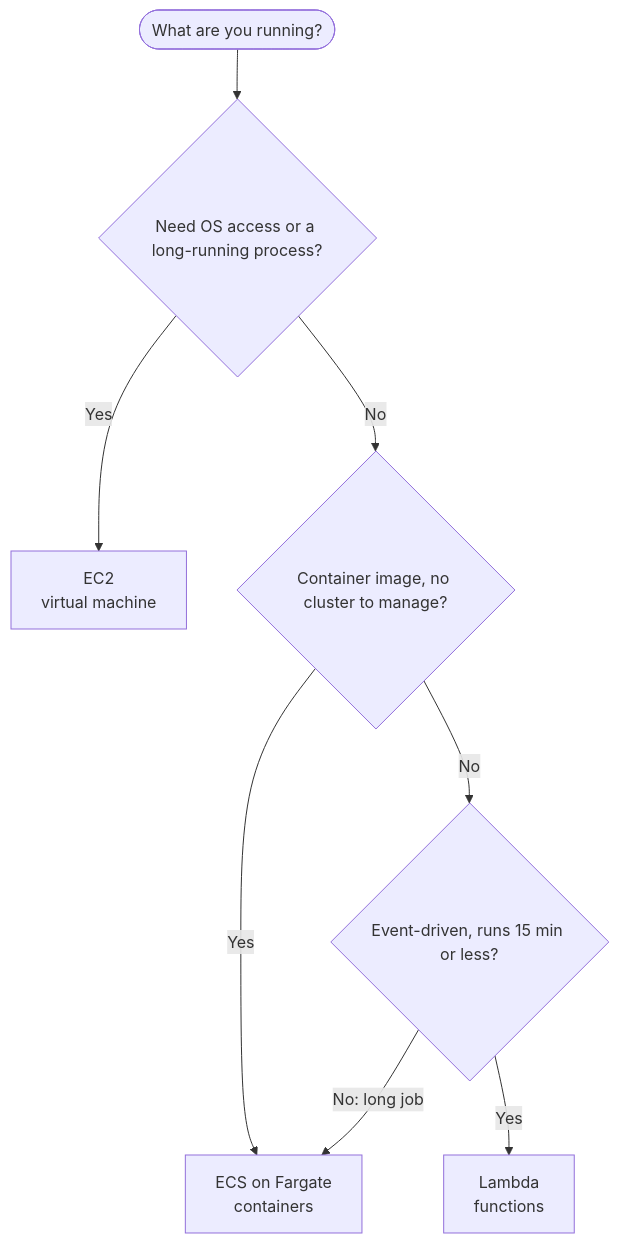
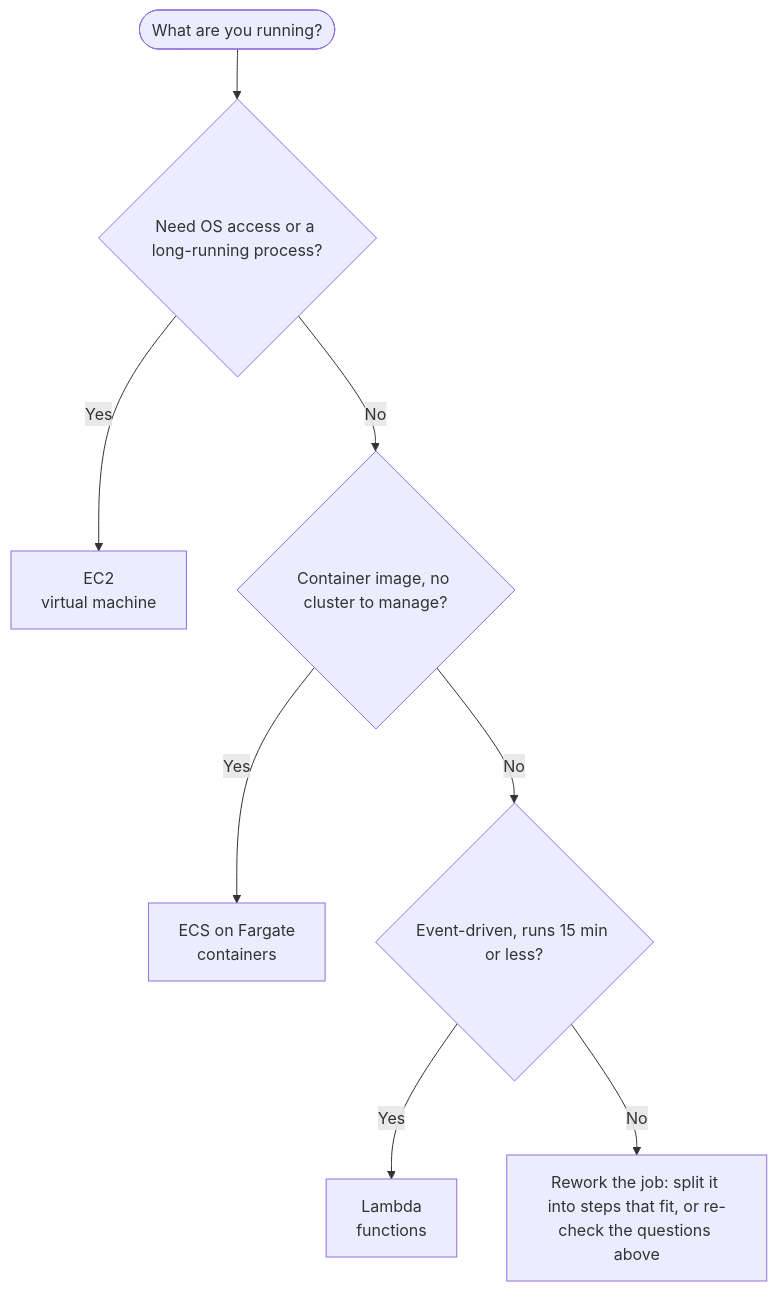
The diagram in docs/cloud-computing/compute.mdx (sunflynf/web-notes), drawn with Mermaid before and after one commit. The commit also changed other lines of this file and 2 other files, not shown here.

````diff
--- a/docs/cloud-computing/compute.mdx
+++ b/docs/cloud-computing/compute.mdx
@@ -19,13 +19,13 @@
 ```mermaid
 flowchart TD
     Start(["What are you running?"]) --> Q1{"Need OS access or a long-running process?"}
     Q1 -- "Yes" --> EC2["EC2<br/>virtual machine"]
     Q1 -- "No" --> Q2{"Container image, no cluster to manage?"}
     Q2 -- "Yes" --> ECS["ECS on Fargate<br/>containers"]
     Q2 -- "No" --> Q3{"Event-driven, runs 15 min or less?"}
     Q3 -- "Yes" --> Lambda["Lambda<br/>functions"]
-    Q3 -- "No: long job" --> ECS
+    Q3 -- "No" --> Rework["Rework the job: split it into steps that fit, or re-check the questions above"]
     click EC2 "#ec2"
     click ECS "#ecs-fargate"
     click Lambda "#lambda"
 ```
````
